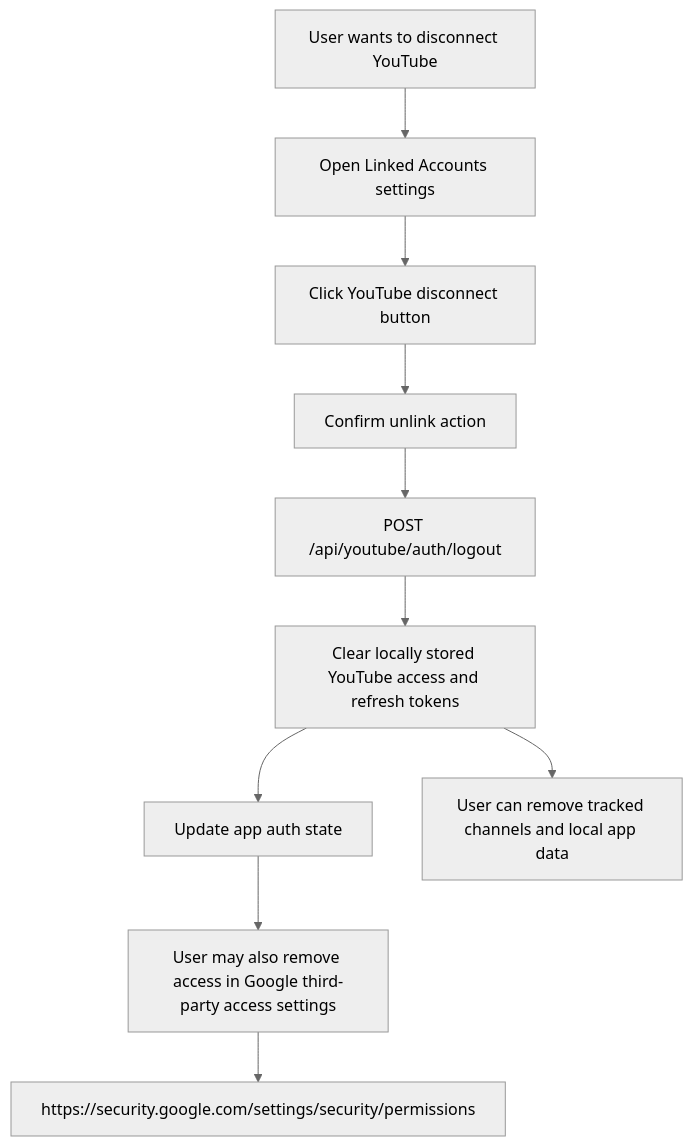
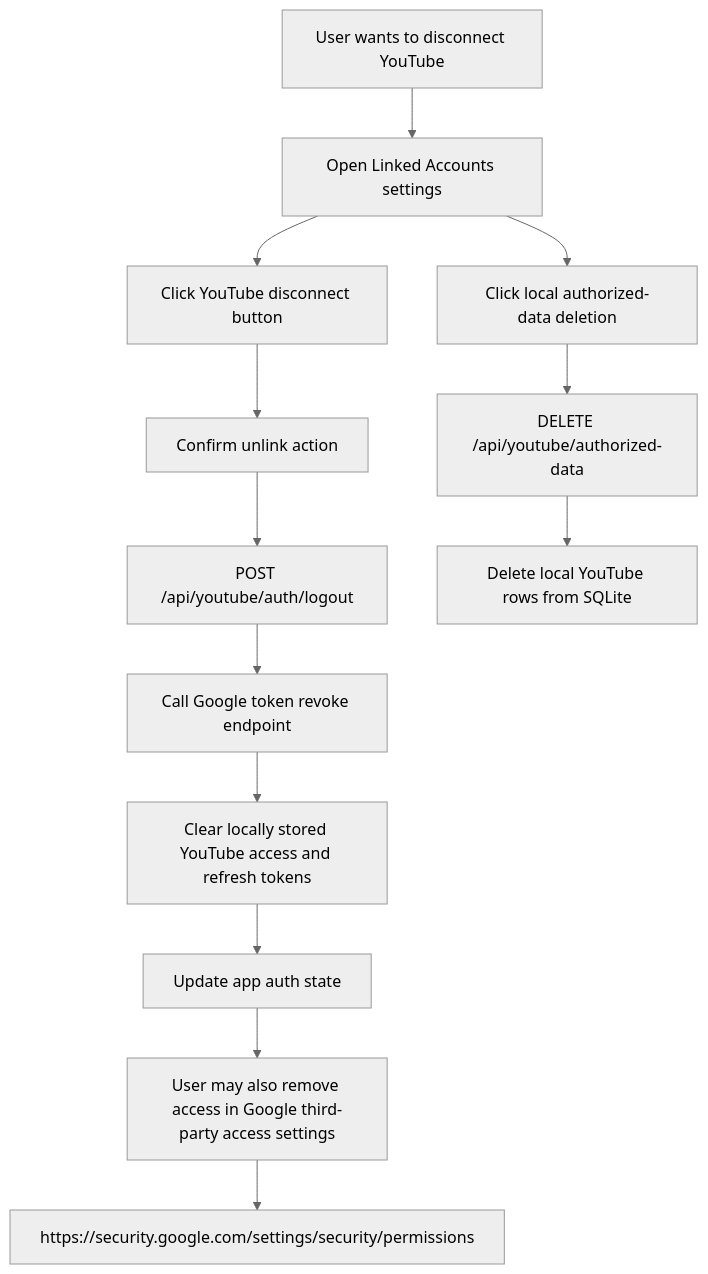
The fourth of 4 diagrams in google-compliance-architecture-and-flows.md (rodojp/StreamNexus-updates), drawn with Mermaid (neutral theme) before and after one commit. The commit also changed other lines of this file and 29 other files, not shown here.

````diff
--- a/google-compliance-architecture-and-flows.md
+++ b/google-compliance-architecture-and-flows.md
@@ -157,12 +173,15 @@
 ```mermaid
 flowchart TD
   Start["User wants to disconnect YouTube"] --> Settings["Open Linked Accounts settings"]
   Settings --> Disconnect["Click YouTube disconnect button"]
   Disconnect --> Confirm["Confirm unlink action"]
   Confirm --> Logout["POST /api/youtube/auth/logout"]
-  Logout --> ClearTokens["Clear locally stored YouTube access and refresh tokens"]
+  Logout --> Revoke["Call Google token revoke endpoint"]
+  Revoke --> ClearTokens["Clear locally stored YouTube access and refresh tokens"]
   ClearTokens --> AppState["Update app auth state"]
+  Settings --> DeleteLocal["Click local authorized-data deletion"]
+  DeleteLocal --> DeleteRoute["DELETE /api/youtube/authorized-data"]
+  DeleteRoute --> DeleteRows["Delete local YouTube rows from SQLite"]
   AppState --> OptionalGoogle["User may also remove access in Google third-party access settings"]
   OptionalGoogle --> GooglePage["https://security.google.com/settings/security/permissions"]
-  ClearTokens --> LocalData["User can remove tracked channels and local app data"]
 ```
````
